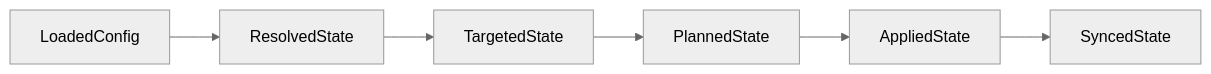
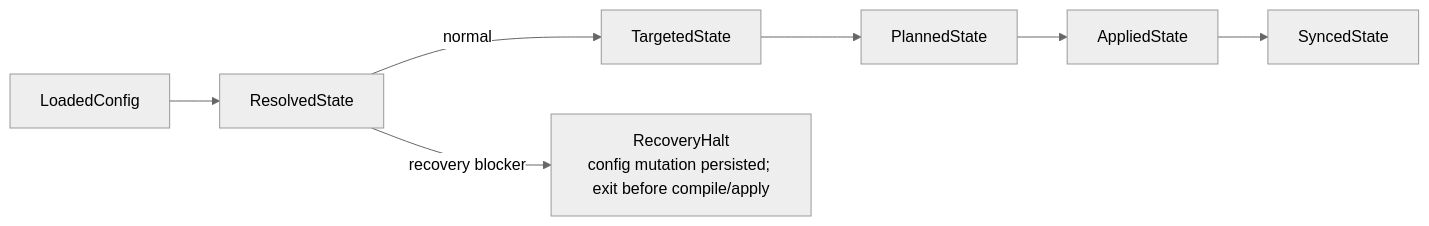
Before and after one commit to haowjy/meridian-cli-kb: the diagram in kb/concepts/package-management/sync-model.md, drawn with Mermaid (neutral theme). The commit also changed other lines of this file and 6 other files, not shown here.

````diff
--- a/kb/concepts/package-management/sync-model.md
+++ b/kb/concepts/package-management/sync-model.md
@@ -12,4 +12,6 @@
 ```mermaid
 graph LR
-    L["LoadedConfig"] --> R["ResolvedState"] --> T["TargetedState"] --> P["PlannedState"] --> A["AppliedState"] --> S["SyncedState"]
+    L["LoadedConfig"] --> R["ResolvedState"]
+    R -->|normal| T["TargetedState"] --> P["PlannedState"] --> A["AppliedState"] --> S["SyncedState"]
+    R -->|recovery blocker| H["RecoveryHalt\nconfig mutation persisted; exit before compile/apply"]
 ```
````
